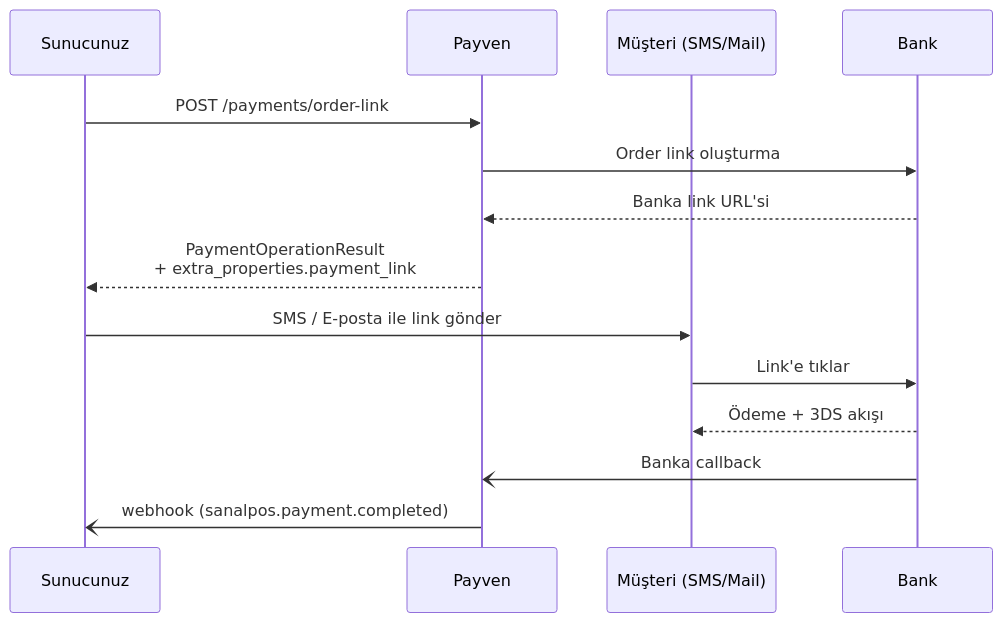
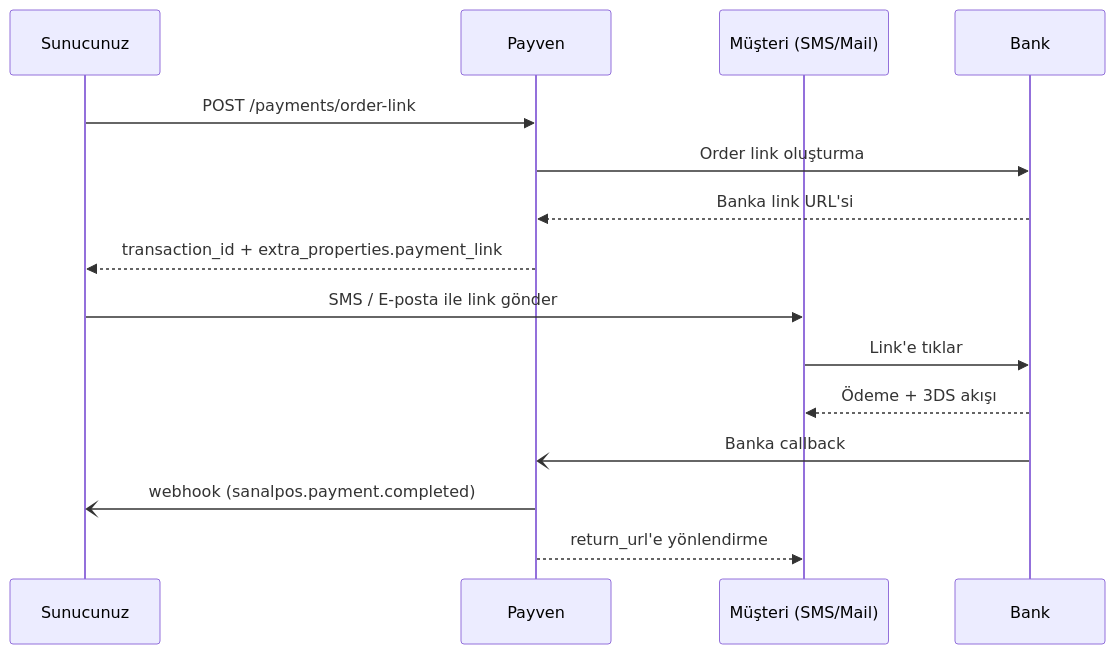
Before and after one commit to payment-pos/mintlify: the second of 2 diagrams in sanal-pos/payments/pay-by-link.mdx, drawn with Mermaid. The commit also changed other lines of this file and 135 other files, not shown here.

````diff
--- a/sanal-pos/payments/pay-by-link.mdx
+++ b/sanal-pos/payments/pay-by-link.mdx
@@ -16,17 +149,18 @@
 ```mermaid
 sequenceDiagram
     participant App as Sunucunuz
     participant Payven
     participant Customer as Müşteri (SMS/Mail)
     participant Bank
 
     App->>Payven: POST /payments/order-link
     Payven->>Bank: Order link oluşturma
     Bank-->>Payven: Banka link URL'si
-    Payven-->>App: PaymentOperationResult<br/>+ extra_properties.payment_link
+    Payven-->>App: transaction_id + extra_properties.payment_link
     App->>Customer: SMS / E-posta ile link gönder
     Customer->>Bank: Link'e tıklar
     Bank-->>Customer: Ödeme + 3DS akışı
     Bank-)Payven: Banka callback
     Payven-)App: webhook (sanalpos.payment.completed)
+    Payven-->>Customer: return_url'e yönlendirme
 ```
````
